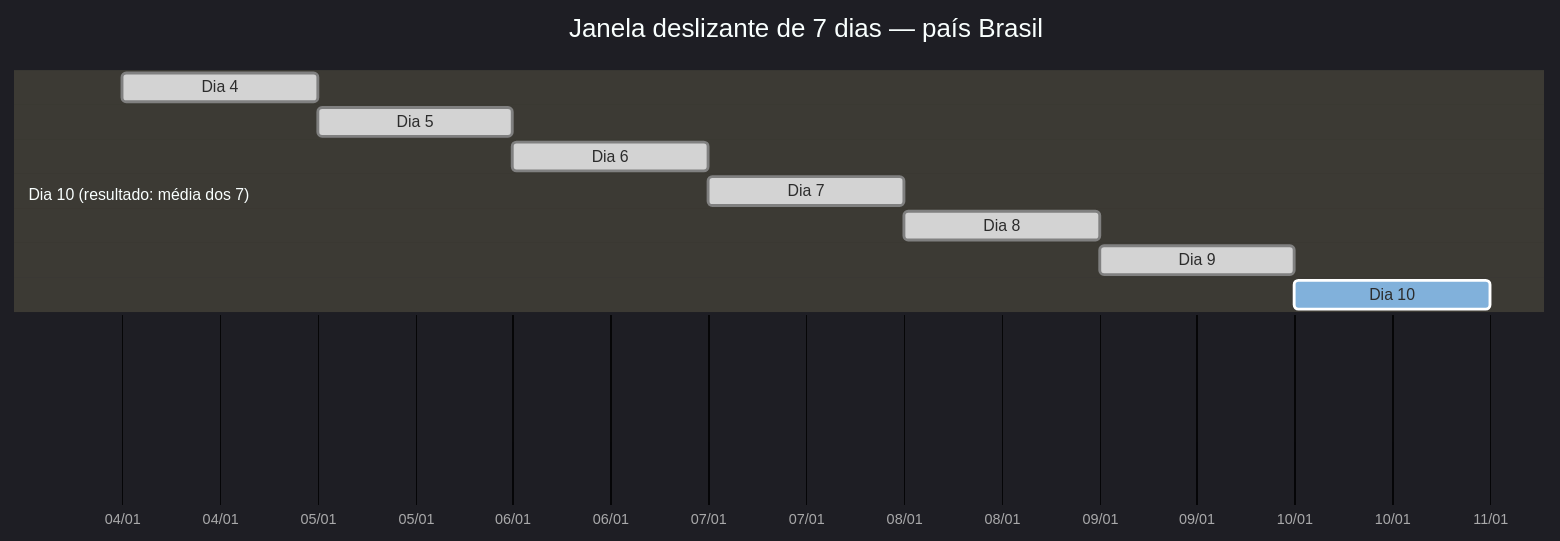
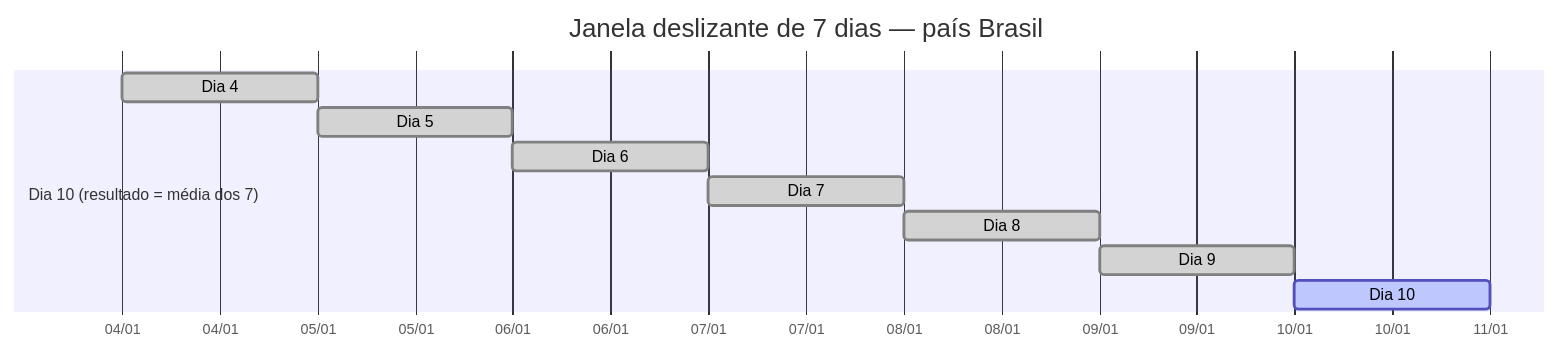
One commit to isabelacarone/eda-covid19 changed the fifth of 12 diagrams in DOCUMENTACAO.md. Above: the diagram before and after it, drawn with Mermaid. The commit also changed other lines of this file and 1 other file, not shown here.

````diff
--- a/DOCUMENTACAO.md
+++ b/DOCUMENTACAO.md
@@ -223,16 +198,15 @@
 ```mermaid
-%%{init: {'theme': 'dark', 'themeVariables': { 'primaryTextColor': '#fff', 'primaryBorderColor': '#000', 'lineColor': '#fff', 'secondBkg': '#000', 'tertiaryTextColor': '#fff', 'tertiaryBorderColor': '#fff'}, 'gantt': {'gridLineStartPadding': 350}}}%%
 gantt
     title Janela deslizante de 7 dias — país Brasil
     dateFormat YYYY-MM-DD
     axisFormat %d/%m
 
-    section Dia 10 (resultado: média dos 7)
+    section Dia 10 (resultado = média dos 7)
     Dia 4  :done, d1, 2021-01-04, 1d
     Dia 5  :done, d2, 2021-01-05, 1d
     Dia 6  :done, d3, 2021-01-06, 1d
     Dia 7  :done, d4, 2021-01-07, 1d
     Dia 8  :done, d5, 2021-01-08, 1d
     Dia 9  :done, d6, 2021-01-09, 1d
     Dia 10 :active, d7, 2021-01-10, 1d
 ```
````
